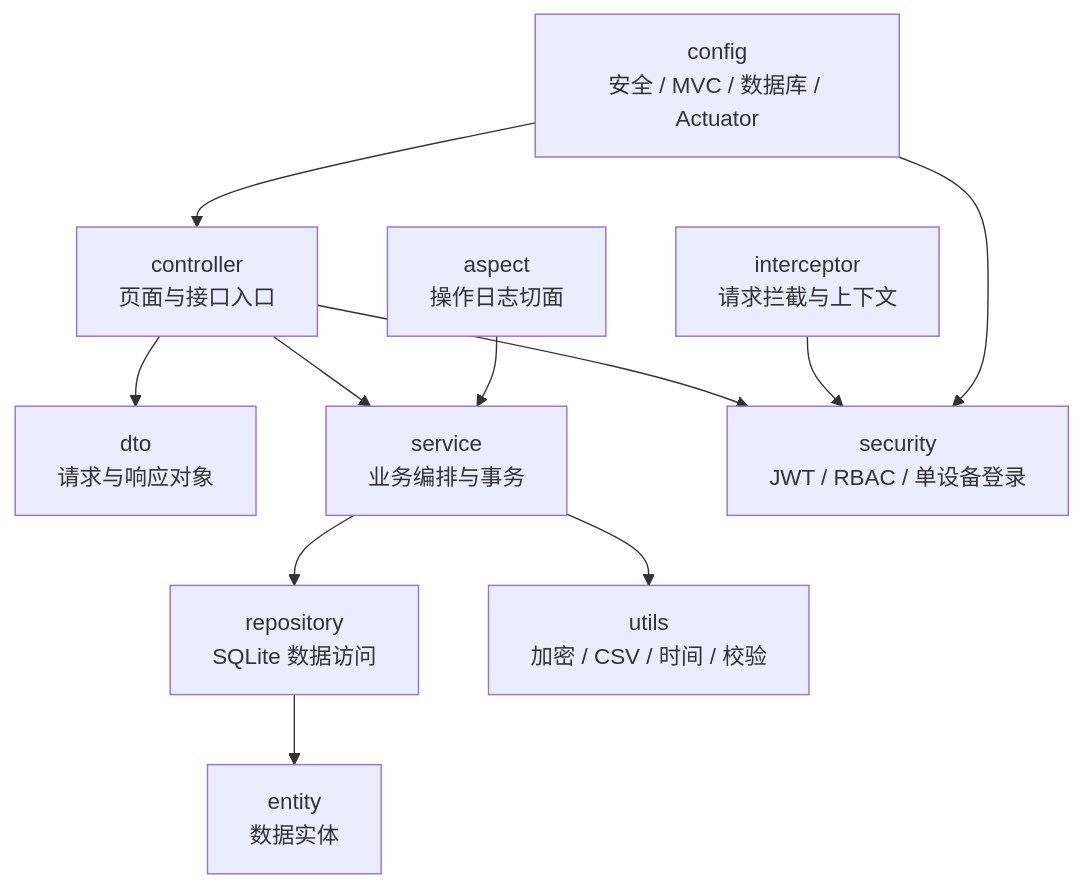
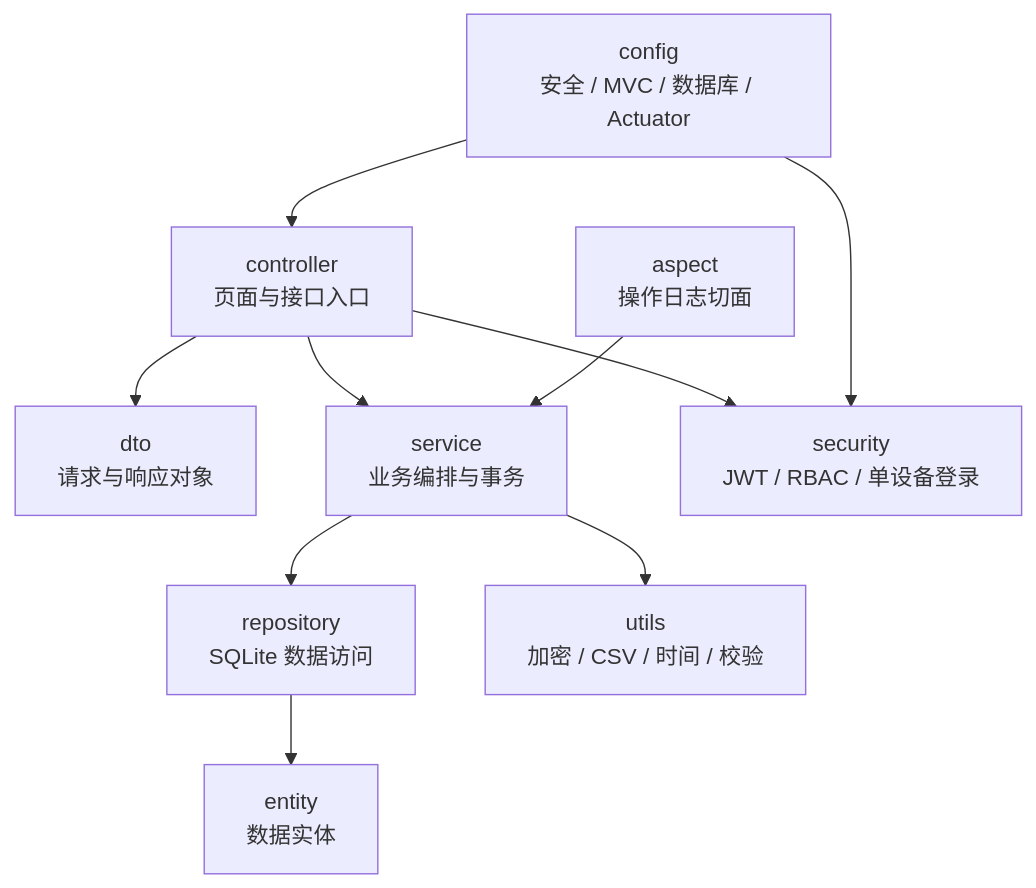
The second of 4 diagrams in docs/设计文档.md (unknowIfGuestInDream/EcoVault), drawn with Mermaid before and after one commit. The commit also changed other lines of this file and 79 other files, not shown here.

````diff
--- a/docs/设计文档.md
+++ b/docs/设计文档.md
@@ -39,24 +39,22 @@
 ```mermaid
 graph TD
     controller[controller\n页面与接口入口]
     dto[dto\n请求与响应对象]
     service[service\n业务编排与事务]
     repository[repository\nSQLite 数据访问]
     entity[entity\n数据实体]
     security[security\nJWT / RBAC / 单设备登录]
-    interceptor[interceptor\n请求拦截与上下文]
     aspect[aspect\n操作日志切面]
     utils[utils\n加密 / CSV / 时间 / 校验]
     config[config\n安全 / MVC / 数据库 / Actuator]
 
     controller --> dto
     controller --> service
     service --> repository
     repository --> entity
     controller --> security
-    interceptor --> security
     aspect --> service
     service --> utils
     config --> controller
     config --> security
 ```
````
